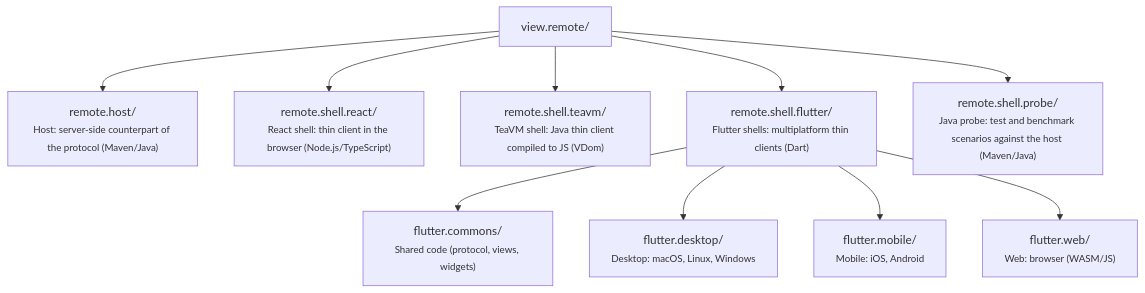
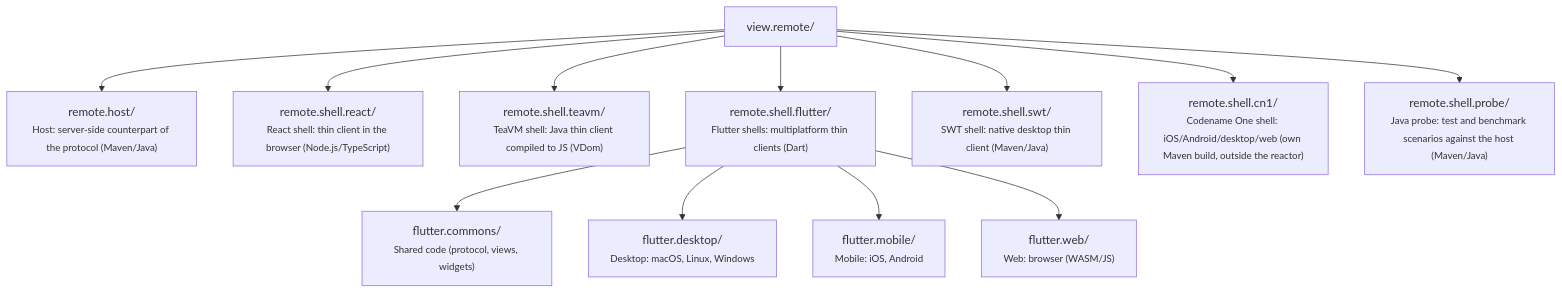
The second of 3 diagrams in fontes/br.com.wdc.store/br.com.wdc.store.view.remote/README.md (mrcdom/wdc-cube-java-v2), drawn with Mermaid before and after one commit. The commit also changed other lines of this file and 50 other files, not shown here.

````diff
--- a/fontes/br.com.wdc.store/br.com.wdc.store.view.remote/README.md
+++ b/fontes/br.com.wdc.store/br.com.wdc.store.view.remote/README.md
@@ -65,23 +65,27 @@
 ```mermaid
 graph TD
     root["view.remote/"]
     host["remote.host/<br/><small>Host: server-side counterpart of the protocol (Maven/Java)</small>"]
     react["remote.shell.react/<br/><small>React shell: thin client in the browser (Node.js/TypeScript)</small>"]
     teavm["remote.shell.teavm/<br/><small>TeaVM shell: Java thin client compiled to JS (VDom)</small>"]
     flutter["remote.shell.flutter/<br/><small>Flutter shells: multiplatform thin clients (Dart)</small>"]
     commons["flutter.commons/<br/><small>Shared code (protocol, views, widgets)</small>"]
     desktop["flutter.desktop/<br/><small>Desktop: macOS, Linux, Windows</small>"]
     mobile["flutter.mobile/<br/><small>Mobile: iOS, Android</small>"]
     web["flutter.web/<br/><small>Web: browser (WASM/JS)</small>"]
+    swt["remote.shell.swt/<br/><small>SWT shell: native desktop thin client (Maven/Java)</small>"]
+    cn1["remote.shell.cn1/<br/><small>Codename One shell: iOS/Android/desktop/web (own Maven build, outside the reactor)</small>"]
     probe["remote.shell.probe/<br/><small>Java probe: test and benchmark scenarios against the host (Maven/Java)</small>"]
 
     root --> host
     root --> react
     root --> teavm
     root --> flutter
+    root --> swt
+    root --> cn1
     root --> probe
     flutter --> commons
     flutter --> desktop
     flutter --> mobile
     flutter --> web
 ```
````
